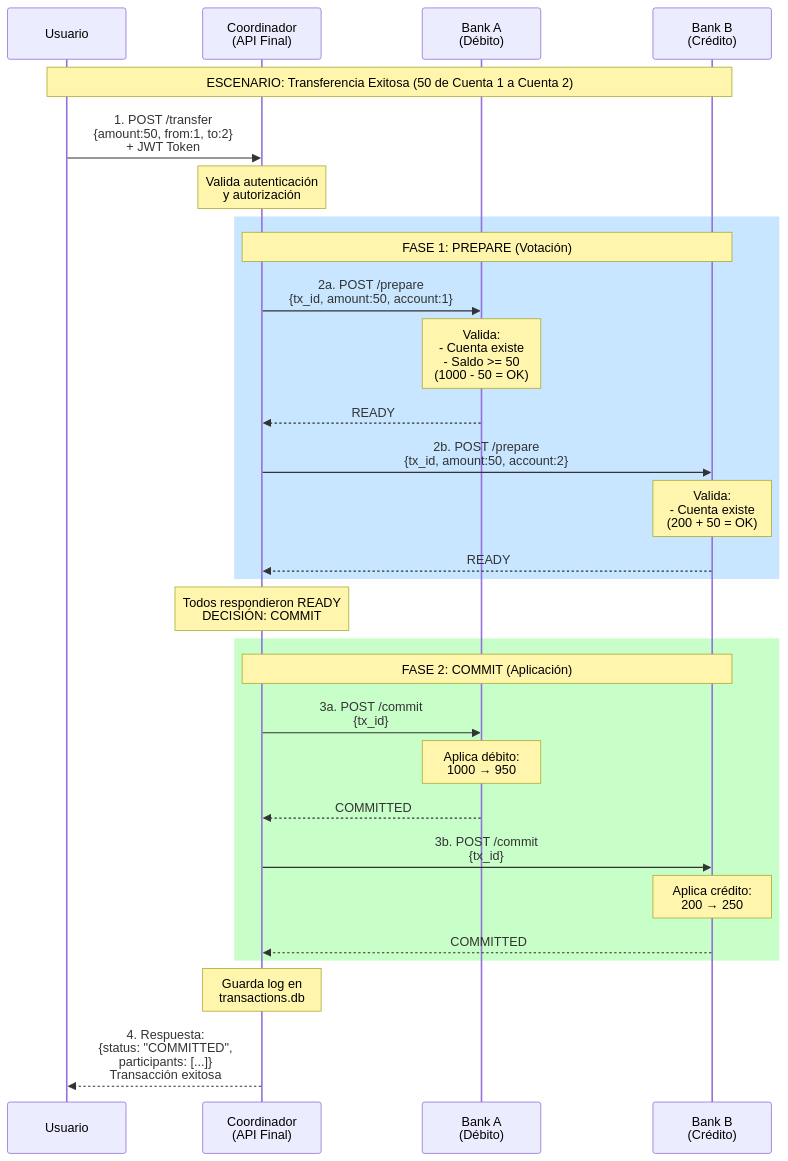
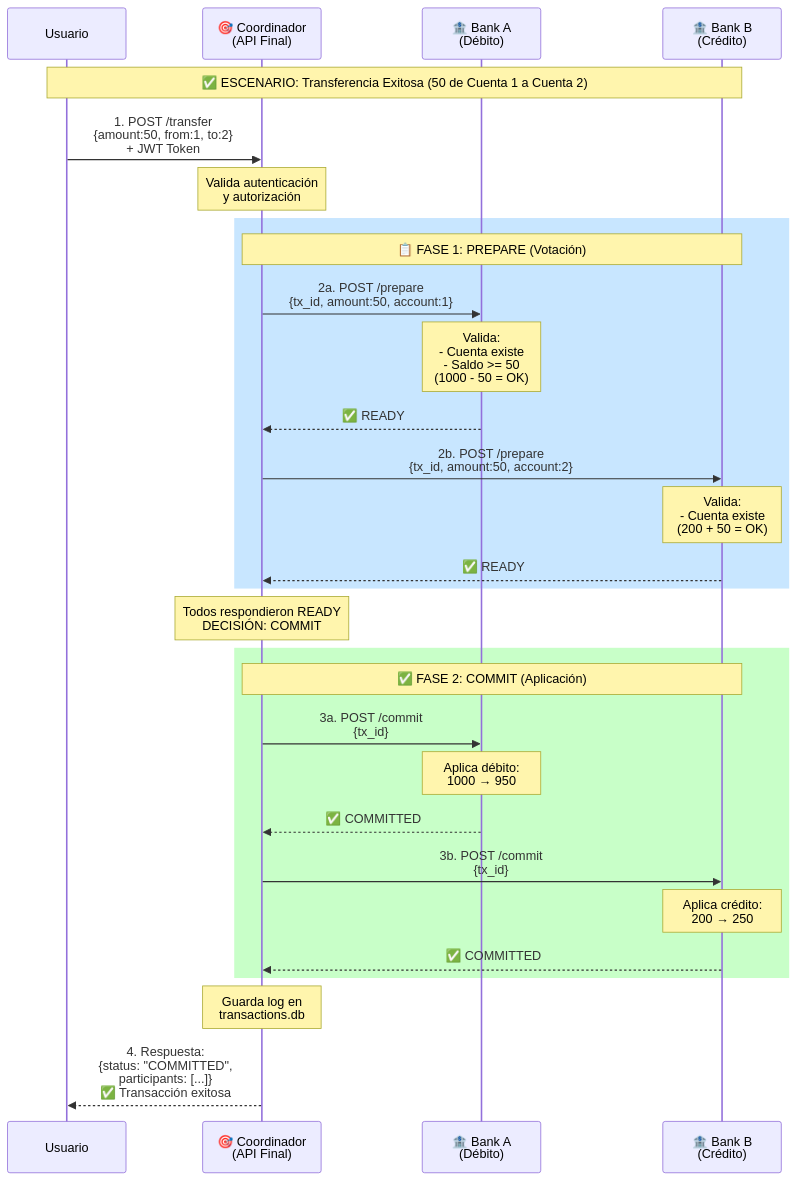
One commit to axlprz/APIv2final changed the second of 8 diagrams in README_DOCUMENTACION.md. Above: the diagram before and after it, drawn with Mermaid. The commit also changed other lines of this file, not shown here.

````diff
--- a/README_DOCUMENTACION.md
+++ b/README_DOCUMENTACION.md
@@ -212,43 +212,43 @@
 ```mermaid
 sequenceDiagram
     participant Usuario
-    participant Coordinador as Coordinador<br/>(API Final)
-    participant BankA as Bank A<br/>(Débito)
-    participant BankB as Bank B<br/>(Crédito)
+    participant Coordinador as 🎯 Coordinador<br/>(API Final)
+    participant BankA as 🏦 Bank A<br/>(Débito)
+    participant BankB as 🏦 Bank B<br/>(Crédito)
     
-    Note over Usuario,BankB: ESCENARIO: Transferencia Exitosa (50 de Cuenta 1 a Cuenta 2)
+    Note over Usuario,BankB: ✅ ESCENARIO: Transferencia Exitosa (50 de Cuenta 1 a Cuenta 2)
     
     Usuario->>Coordinador: 1. POST /transfer<br/>{amount:50, from:1, to:2}<br/>+ JWT Token
     
     Note over Coordinador: Valida autenticación<br/>y autorización
     
     rect rgb(200, 230, 255)
-        Note over Coordinador,BankB: FASE 1: PREPARE (Votación)
+        Note over Coordinador,BankB: 📋 FASE 1: PREPARE (Votación)
         
         Coordinador->>BankA: 2a. POST /prepare<br/>{tx_id, amount:50, account:1}
         Note over BankA: Valida:<br/>- Cuenta existe<br/>- Saldo >= 50<br/>(1000 - 50 = OK)
-        BankA-->>Coordinador: READY
+        BankA-->>Coordinador: ✅ READY
         
         Coordinador->>BankB: 2b. POST /prepare<br/>{tx_id, amount:50, account:2}
         Note over BankB: Valida:<br/>- Cuenta existe<br/>(200 + 50 = OK)
-        BankB-->>Coordinador: READY
+        BankB-->>Coordinador: ✅ READY
     end
     
     Note over Coordinador: Todos respondieron READY<br/>DECISIÓN: COMMIT
     
     rect rgb(200, 255, 200)
-        Note over Coordinador,BankB: FASE 2: COMMIT (Aplicación)
+        Note over Coordinador,BankB: ✅ FASE 2: COMMIT (Aplicación)
         
         Coordinador->>BankA: 3a. POST /commit<br/>{tx_id}
         Note over BankA: Aplica débito:<br/>1000 → 950
-        BankA-->>Coordinador: COMMITTED
+        BankA-->>Coordinador: ✅ COMMITTED
         
         Coordinador->>BankB: 3b. POST /commit<br/>{tx_id}
         Note over BankB: Aplica crédito:<br/>200 → 250
-        BankB-->>Coordinador: COMMITTED
+        BankB-->>Coordinador: ✅ COMMITTED
     end
     
     Note over Coordinador: Guarda log en<br/>transactions.db
     
-    Coordinador-->>Usuario: 4. Respuesta:<br/>{status: "COMMITTED",<br/>participants: [...]}<br/> Transacción exitosa
+    Coordinador-->>Usuario: 4. Respuesta:<br/>{status: "COMMITTED",<br/>participants: [...]}<br/>✅ Transacción exitosa
 ```
````
